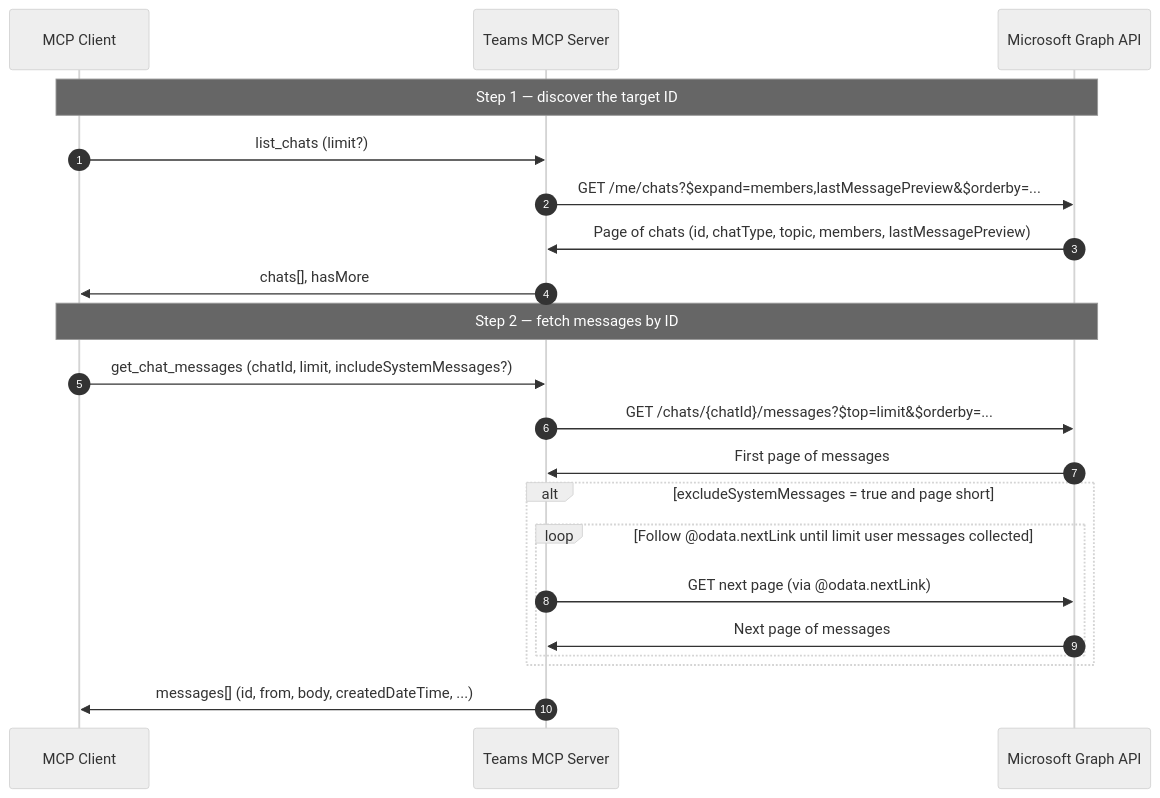
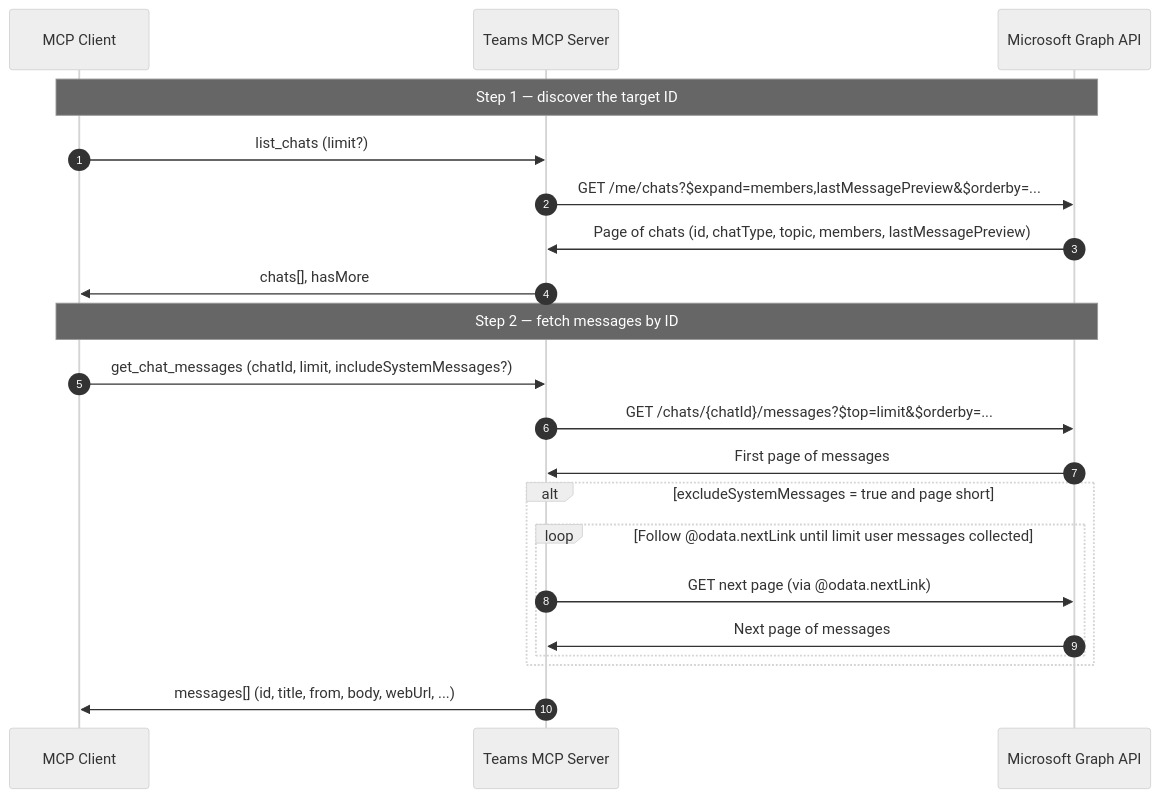
Before and after one commit to Unique-AG/connectors: the fifth of 7 diagrams in services/teams-mcp/docs/technical/flows.md, drawn with Mermaid. The commit also changed other lines of this file and 9 other files, not shown here.

First line of the commit message:
fix(teams-mcp): cite each Teams message by a title and its Teams link (UN-30123)

````diff
--- a/services/teams-mcp/docs/technical/flows.md
+++ b/services/teams-mcp/docs/technical/flows.md
@@ -155,30 +155,30 @@
 ```mermaid
 %%{init: {'theme': 'neutral', 'themeVariables': { 'fontSize': '14px' }}}%%
 sequenceDiagram
     autonumber
     participant MCPClient as MCP Client
     participant TeamsMCP as Teams MCP Server
     participant MSGraph as Microsoft Graph API
 
     Note over MCPClient,MSGraph: Step 1 — discover the target ID
 
     MCPClient->>TeamsMCP: list_chats (limit?)
     TeamsMCP->>MSGraph: GET /me/chats?$expand=members,lastMessagePreview&$orderby=...
     MSGraph->>TeamsMCP: Page of chats (id, chatType, topic, members, lastMessagePreview)
     TeamsMCP->>MCPClient: chats[], hasMore
 
     Note over MCPClient,MSGraph: Step 2 — fetch messages by ID
 
     MCPClient->>TeamsMCP: get_chat_messages (chatId, limit, includeSystemMessages?)
     TeamsMCP->>MSGraph: GET /chats/{chatId}/messages?$top=limit&$orderby=...
     MSGraph->>TeamsMCP: First page of messages
 
     alt excludeSystemMessages = true and page short
         loop Follow @odata.nextLink until limit user messages collected
             TeamsMCP->>MSGraph: GET next page (via @odata.nextLink)
             MSGraph->>TeamsMCP: Next page of messages
         end
     end
 
-    TeamsMCP->>MCPClient: messages[] (id, from, body, createdDateTime, ...)
+    TeamsMCP->>MCPClient: messages[] (id, title, from, body, webUrl, ...)
 ```
````
